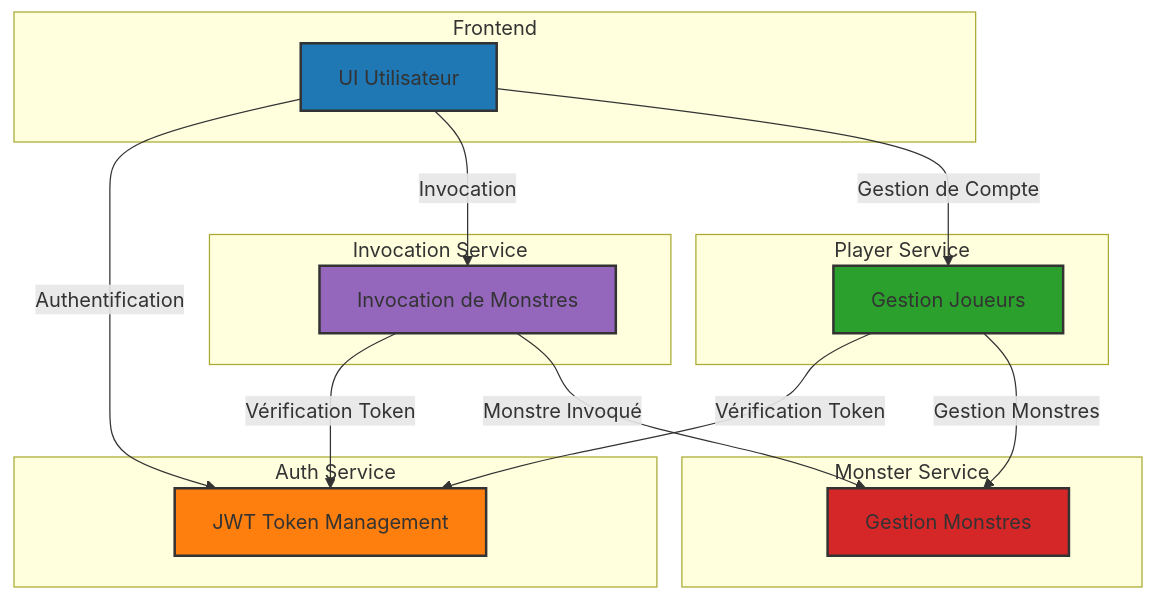
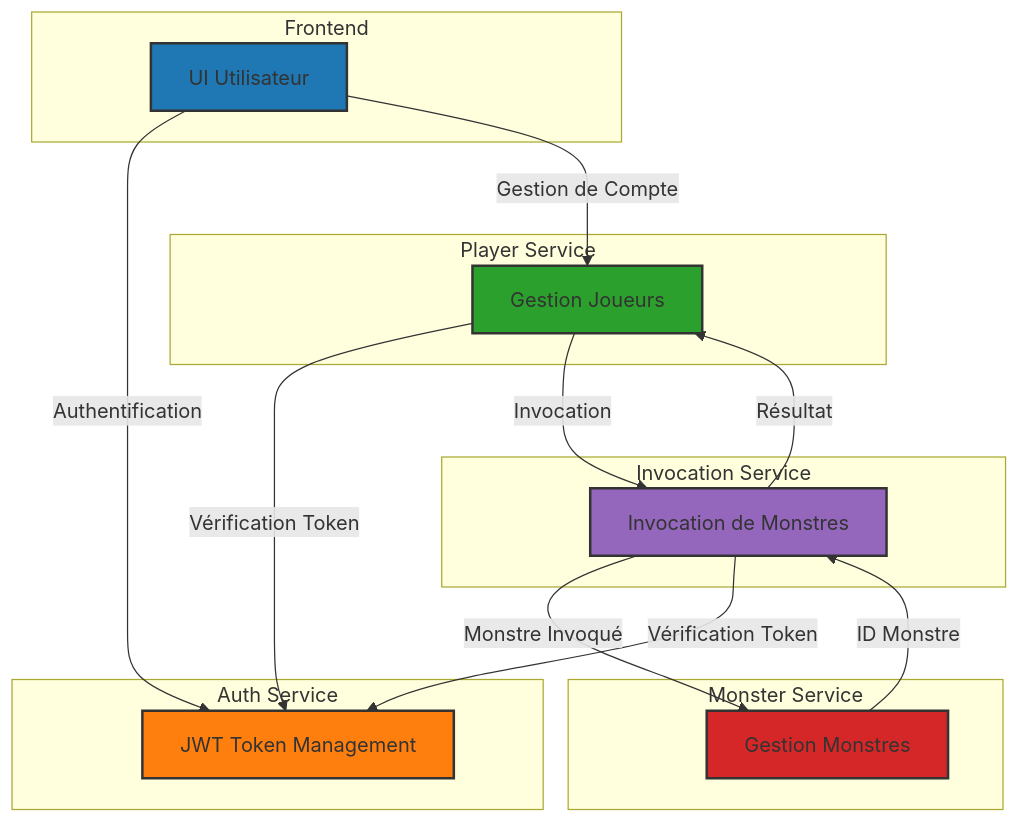
The diagram in README.md (ouzain/Gatcha-game27), drawn with Mermaid before and after one commit. The commit also changed other lines of this file, not shown here.

````diff
--- a/README.md
+++ b/README.md
@@ -77,36 +78,37 @@
 ```mermaid
 graph TD
   subgraph Frontend
     A1[UI Utilisateur]
   end
 
   subgraph Auth Service
     A2[JWT Token Management]
   end
 
   subgraph Player Service
     P1[Gestion Joueurs]
   end
 
   subgraph Monster Service
     M1[Gestion Monstres]
   end
 
   subgraph Invocation Service
     I1[Invocation de Monstres]
   end
 
   A1 -->|Authentification| A2
-  A1 -->|Invocation| I1
   A1 -->|Gestion de Compte| P1
+  P1 -->|Vérification Token| A2
+  P1 -->|Invocation| I1
+  I1 -->|Monstre Invoqué| M1
   I1 -->|Vérification Token| A2
-  I1 -->|Monstre Invoqué| M1
-  P1 -->|Vérification Token| A2
-  P1 -->|Gestion Monstres| M1
+  M1 -->|ID Monstre| I1
+  I1 -->|Résultat| P1
 
   style A1 fill:#1f77b4,stroke:#333,stroke-width:2px
   style A2 fill:#ff7f0e,stroke:#333,stroke-width:2px
   style P1 fill:#2ca02c,stroke:#333,stroke-width:2px
   style M1 fill:#d62728,stroke:#333,stroke-width:2px
   style I1 fill:#9467bd,stroke:#333,stroke-width:2px
 ```
````
